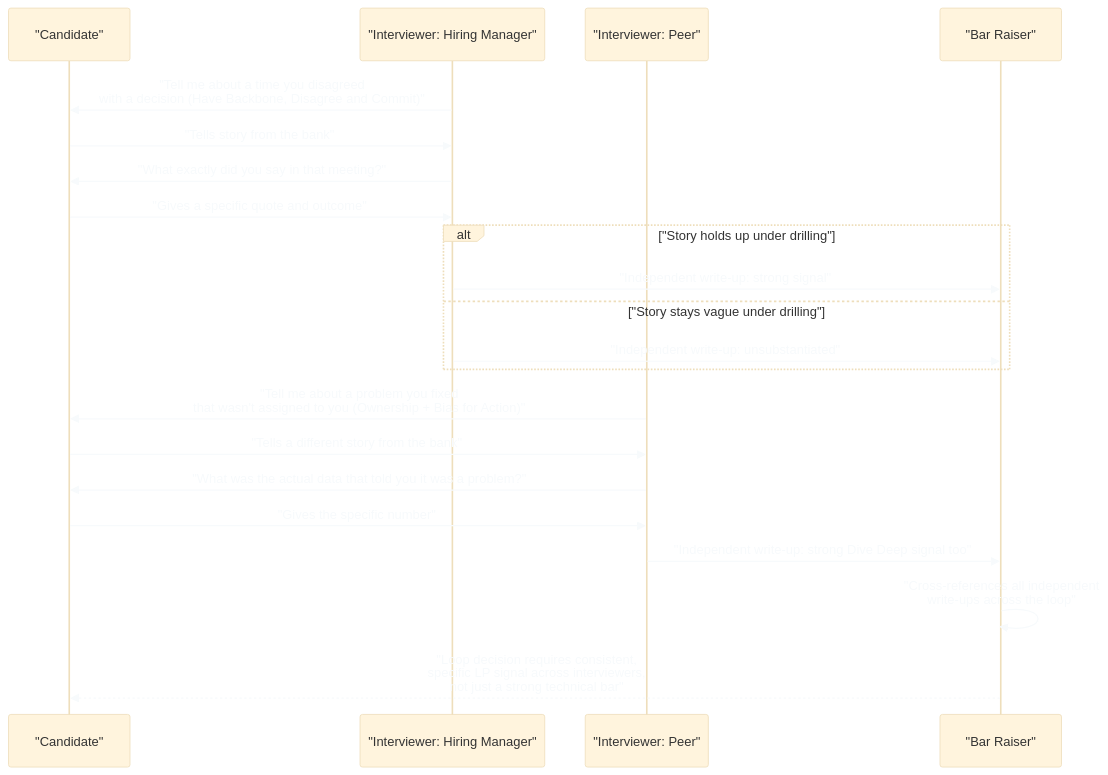
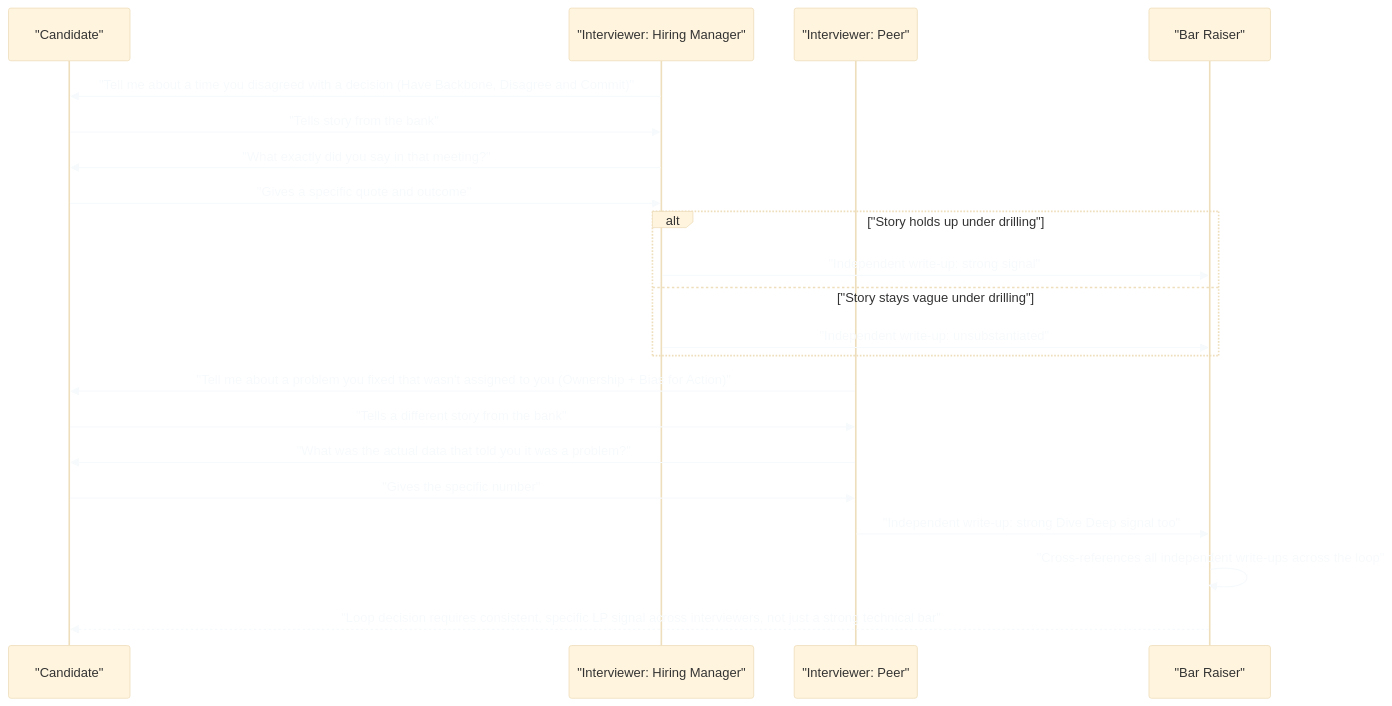
The second of 2 diagrams in data/topics/amazon-leadership-principles.md (vinayakhumberi/litmus), drawn with Mermaid before and after one commit. The commit also changed other lines of this file and 68 other files, not shown here.

````diff
--- a/data/topics/amazon-leadership-principles.md
+++ b/data/topics/amazon-leadership-principles.md
@@ -164,27 +164,27 @@
 ```mermaid
 %%{init: {"theme": "base", "themeVariables": {"lineColor": "#a0aec0", "edgeLabelBackground": "#2d3748", "textColor": "#f7fafc"}}}%%
 sequenceDiagram
     participant C as "Candidate"
     participant HM as "Interviewer: Hiring Manager"
     participant P as "Interviewer: Peer"
     participant BR as "Bar Raiser"
 
-    HM->>C: "Tell me about a time you disagreed<br>with a decision (Have Backbone, Disagree and Commit)"
+    HM->>C: "Tell me about a time you disagreed with a decision (Have Backbone, Disagree and Commit)"
     C->>HM: "Tells story from the bank"
     HM->>C: "What exactly did you say in that meeting?"
     C->>HM: "Gives a specific quote and outcome"
     alt "Story holds up under drilling"
         HM->>BR: "Independent write-up: strong signal"
     else "Story stays vague under drilling"
         HM->>BR: "Independent write-up: unsubstantiated"
     end
 
-    P->>C: "Tell me about a problem you fixed<br>that wasn't assigned to you (Ownership + Bias for Action)"
+    P->>C: "Tell me about a problem you fixed that wasn't assigned to you (Ownership + Bias for Action)"
     C->>P: "Tells a different story from the bank"
     P->>C: "What was the actual data that told you it was a problem?"
     C->>P: "Gives the specific number"
     P->>BR: "Independent write-up: strong Dive Deep signal too"
 
-    BR->>BR: "Cross-references all independent<br>write-ups across the loop"
-    BR-->>C: "Loop decision requires consistent,<br>specific LP signal across interviewers,<br>not just a strong technical bar"
+    BR->>BR: "Cross-references all independent write-ups across the loop"
+    BR-->>C: "Loop decision requires consistent, specific LP signal across interviewers, not just a strong technical bar"
 ```
````
